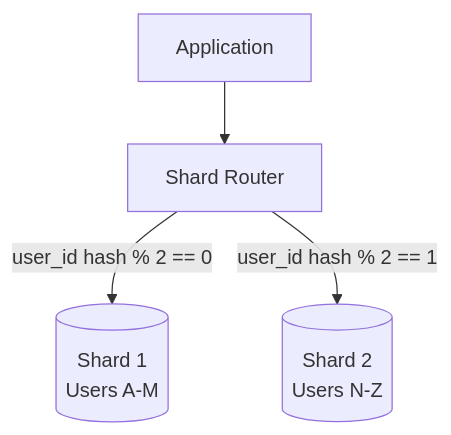
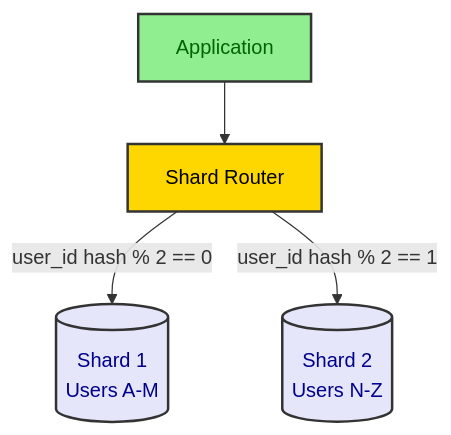
One commit to kasiopeiya/claude-dev-template changed the seventh of 18 diagrams in .claude/skills/design-doc-mermaid/assets/system-design-template.md. Above: the diagram before and after it, drawn with Mermaid. The commit also changed other lines of this file and 5 other files, not shown here.

````diff
--- a/.claude/skills/design-doc-mermaid/assets/system-design-template.md
+++ b/.claude/skills/design-doc-mermaid/assets/system-design-template.md
@@ -319,11 +339,19 @@
 ```mermaid
 graph TB
     App[Application]
     Router[Shard Router]
     Shard1[(Shard 1<br/>Users A-M)]
     Shard2[(Shard 2<br/>Users N-Z)]
 
     App --> Router
     Router -->|user_id hash % 2 == 0| Shard1
     Router -->|user_id hash % 2 == 1| Shard2
+
+    classDef app fill:#90EE90,stroke:#333,stroke-width:2px,color:darkgreen
+    classDef router fill:#FFD700,stroke:#333,stroke-width:2px,color:black
+    classDef store fill:#E6E6FA,stroke:#333,stroke-width:2px,color:darkblue
+
+    class App app
+    class Router router
+    class Shard1,Shard2 store
 ```
````
